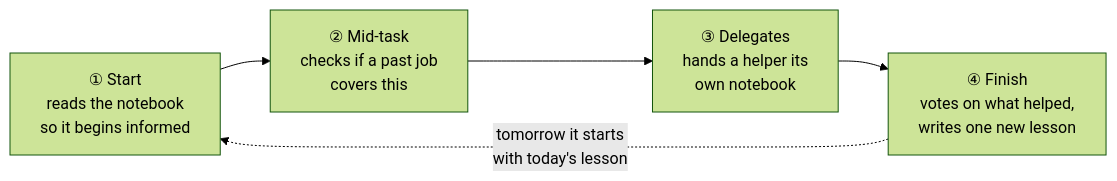
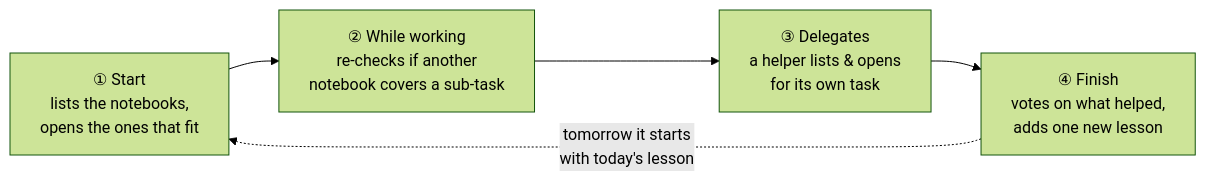
One commit to jeanibarz/agent-notebook changed the third of 3 diagrams in docs/getting-started.md. Above: the diagram before and after it, drawn with Mermaid (forest theme). The commit also changed other lines of this file and 15 other files, not shown here.

````diff
--- a/docs/getting-started.md
+++ b/docs/getting-started.md
@@ -122,9 +118,9 @@
 ```mermaid
 flowchart LR
-    A["① Start<br/>reads the notebook<br/>so it begins informed"]
-    B["② Mid-task<br/>checks if a past job<br/>covers this"]
-    C["③ Delegates<br/>hands a helper its<br/>own notebook"]
-    D["④ Finish<br/>votes on what helped,<br/>writes one new lesson"]
+    A["① Start<br/>lists the notebooks,<br/>opens the ones that fit"]
+    B["② While working<br/>re-checks if another<br/>notebook covers a sub-task"]
+    C["③ Delegates<br/>a helper lists & opens<br/>for its own task"]
+    D["④ Finish<br/>votes on what helped,<br/>adds one new lesson"]
     A --> B --> C --> D
     D -. "tomorrow it starts<br/>with today's lesson" .-> A
 ```
````
